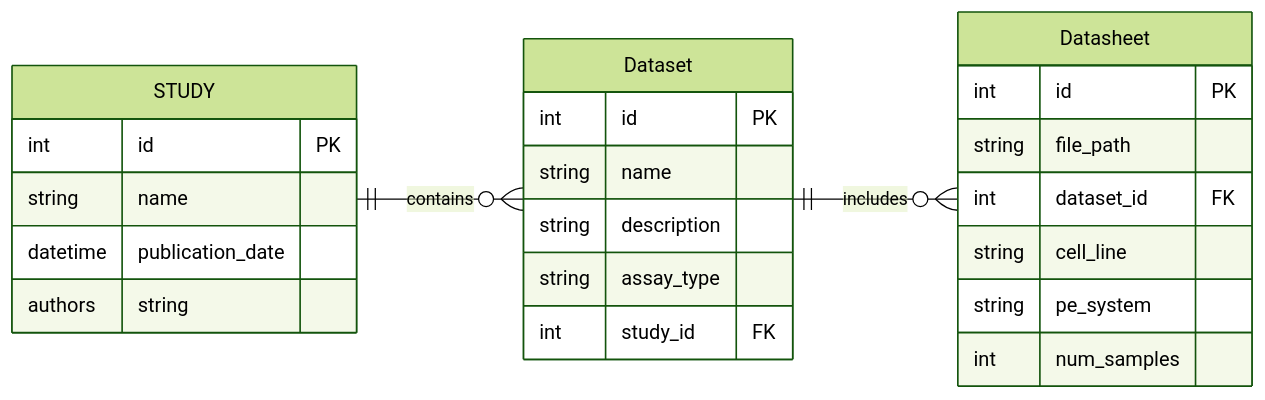
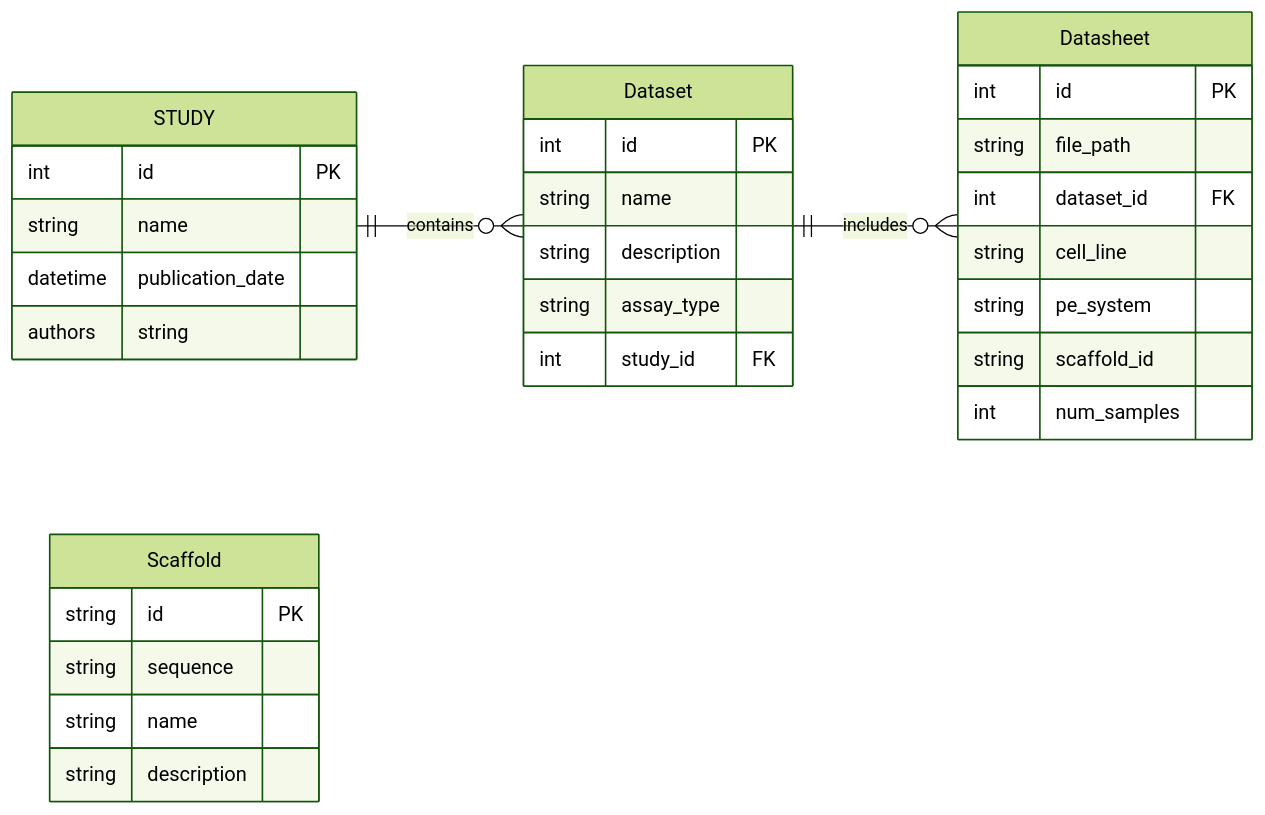
Before and after one commit to PeihengLu/pe-hub: the diagram in diagrams/illustration/database_er.mmd, drawn with Mermaid. The commit also changed 28 other files, not shown here.

```diff
--- a/diagrams/illustration/database_er.mmd
+++ b/diagrams/illustration/database_er.mmd
@@ -1,33 +1,41 @@
 ---
 config:
   theme: 'forest'
 ---
 
 erDiagram
     direction LR
     STUDY {
         int id PK
         string name
         datetime publication_date
         authors string
     }
 
     Dataset {
         int id PK
         string name
         string description
         string assay_type
         int study_id FK
     }
 
     Datasheet {
         int id PK
         string file_path
         int dataset_id FK
         string cell_line
         string pe_system
+        string scaffold_id
         int num_samples
+    }
+
+    Scaffold {
+        string id PK
+        string sequence
+        string name
+        string description
     }
 
     STUDY ||--o{ Dataset: contains
     Dataset ||--o{ Datasheet: includes
```
